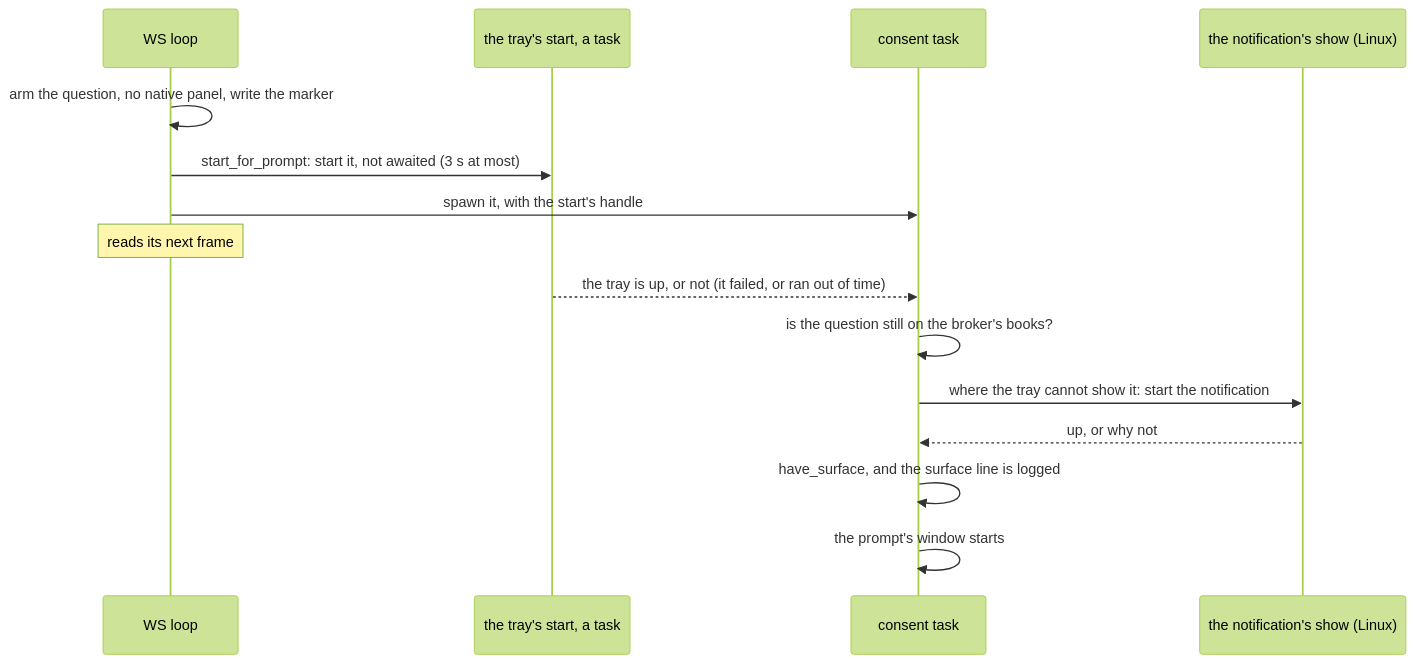
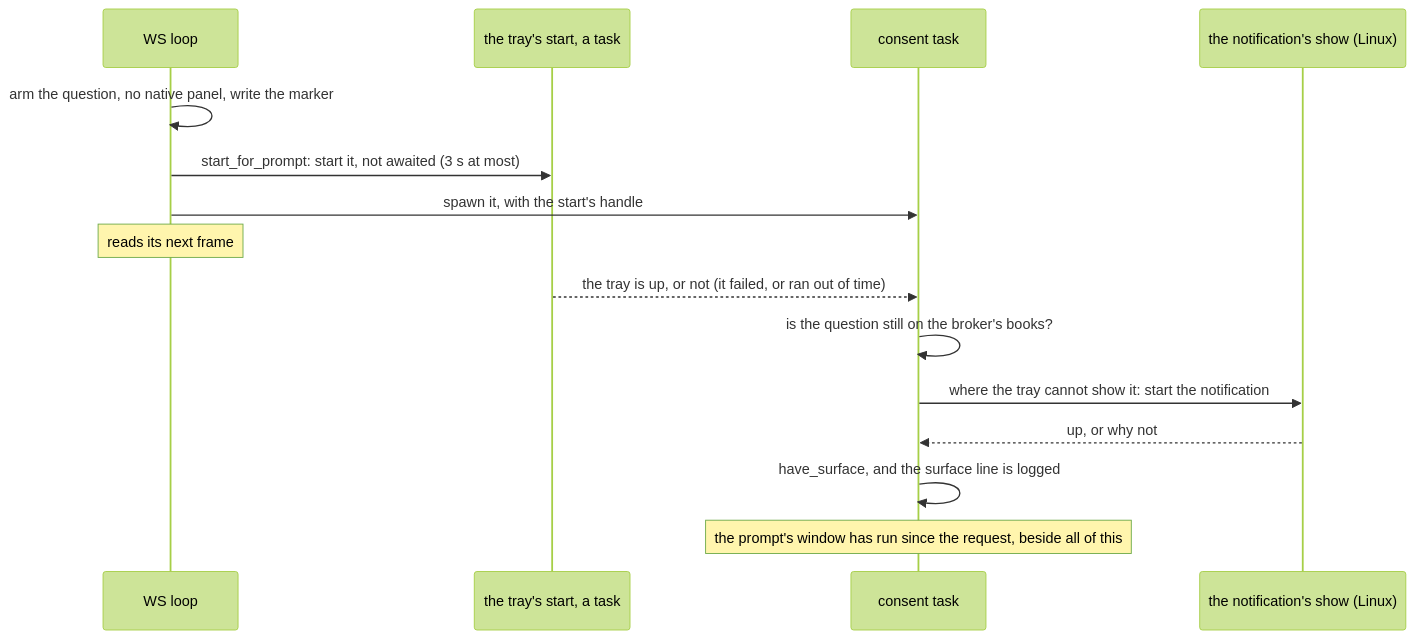
Before and after one commit to gjovanov/roomler-ai: diagram 19 of 39 in docs/desktop-companion.md, drawn with Mermaid (forest theme). The commit also changed other lines of this file and 15 other files, not shown here.

````diff
--- a/docs/desktop-companion.md
+++ b/docs/desktop-companion.md
@@ -1601,17 +1603,17 @@
 ```mermaid
 sequenceDiagram
     participant L as WS loop
     participant S as the tray's start, a task
     participant T as consent task
     participant N as the notification's show (Linux)
     L->>L: arm the question, no native panel, write the marker
     L->>S: start_for_prompt: start it, not awaited (3 s at most)
     L->>T: spawn it, with the start's handle
     Note over L: reads its next frame
     S-->>T: the tray is up, or not (it failed, or ran out of time)
     T->>T: is the question still on the broker's books?
     T->>N: where the tray cannot show it: start the notification
     N-->>T: up, or why not
     T->>T: have_surface, and the surface line is logged
-    T->>T: the prompt's window starts
+    Note over T: the prompt's window has run since the request, beside all of this
 ```
````
